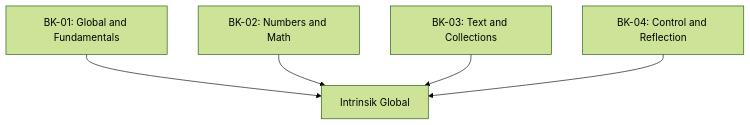
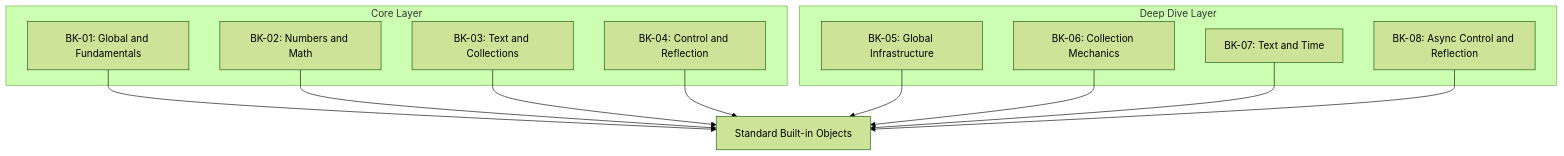
One commit to syahputrawork98-sketch/JavaScript-Learning-Hub changed the diagram in RAK-04-core-specification/SR-11-standard-built-in-objects/README.md. Above: the diagram before and after it, drawn with Mermaid (forest theme). The commit also changed other lines of this file and 138 other files, not shown here.

````diff
--- a/RAK-04-core-specification/SR-11-standard-built-in-objects/README.md
+++ b/RAK-04-core-specification/SR-11-standard-built-in-objects/README.md
@@ -12,7 +12,25 @@
 ```mermaid
 graph TD
-    P1["BK-01: Global and Fundamentals"] --> Core["Intrinsik Global"]
-    P2["BK-02: Numbers and Math"] --> Core
-    P3["BK-03: Text and Collections"] --> Core
-    P4["BK-04: Control and Reflection"] --> Core
+    subgraph CoreLayer["Core Layer"]
+        P1["BK-01: Global and Fundamentals"]
+        P2["BK-02: Numbers and Math"]
+        P3["BK-03: Text and Collections"]
+        P4["BK-04: Control and Reflection"]
+    end
+
+    subgraph DeepDiveLayer["Deep Dive Layer"]
+        D1["BK-05: Global Infrastructure"]
+        D2["BK-06: Collection Mechanics"]
+        D3["BK-07: Text and Time"]
+        D4["BK-08: Async Control and Reflection"]
+    end
+
+    P1 --> Core["Standard Built-in Objects"]
+    P2 --> Core
+    P3 --> Core
+    P4 --> Core
+    D1 --> Core
+    D2 --> Core
+    D3 --> Core
+    D4 --> Core
 ```
````
